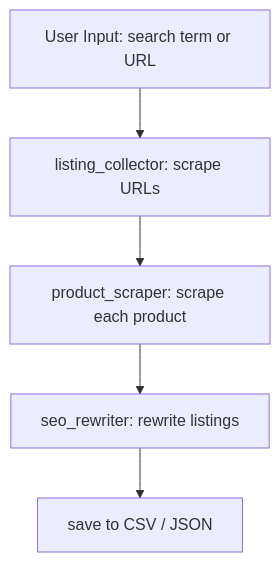
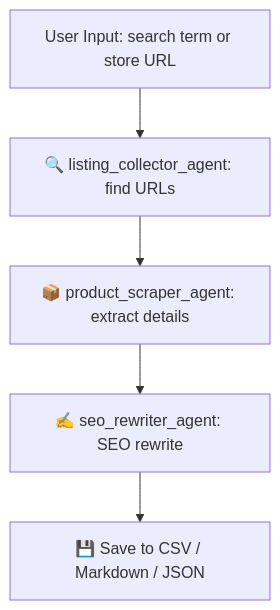
The diagram in README.md (rp42dev/Crew-AI-ebay-product-scraper-rewriter), drawn with Mermaid before and after one commit. The commit also changed other lines of this file and 4 other files, not shown here.

````diff
--- a/README.md
+++ b/README.md
@@ -47,7 +53,8 @@
 ```mermaid	
 flowchart TD
-    A[User Input: search term or URL] --> B[listing_collector: scrape URLs]
-    B --> C[product_scraper: scrape each product]
-    C --> D[seo_rewriter: rewrite listings]
-    D --> E[save to CSV / JSON]
+    A[User Input: search term or store URL]
+    --> B[🔍 listing_collector_agent: find URLs]
+    --> C[📦 product_scraper_agent: extract details]
+    --> D[✍️ seo_rewriter_agent: SEO rewrite]
+    --> E[💾 Save to CSV / Markdown / JSON]
 ```
````
